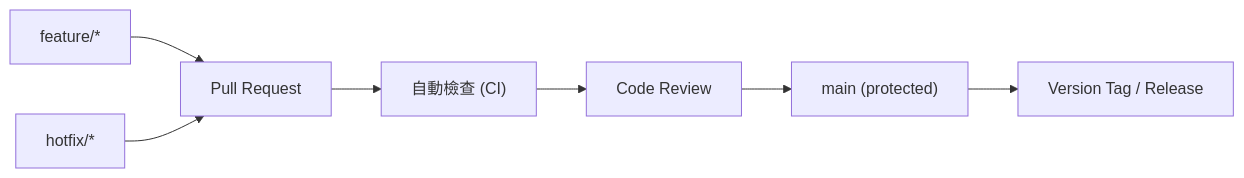
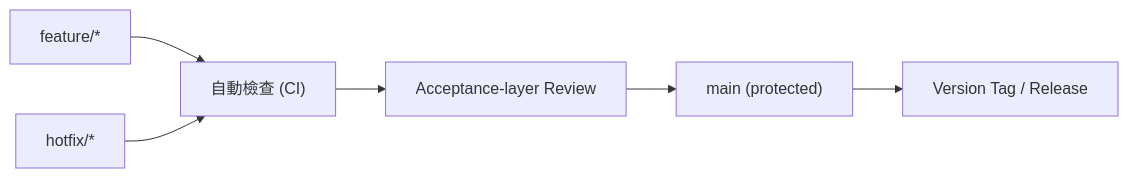
The diagram in docs/git_workflow.md (aoitsukikage-eng/trip-weather-planner), drawn with Mermaid before and after one commit. The commit also changed other lines of this file and 2 other files, not shown here.

````diff
--- a/docs/git_workflow.md
+++ b/docs/git_workflow.md
@@ -5,9 +5,8 @@
 ```mermaid
 flowchart LR
-  F["feature/*"] --> PR["Pull Request"]
-  H["hotfix/*"] --> PR
-  PR --> CI["自動檢查 (CI)"]
-  CI --> RV["Code Review"]
+  F["feature/*"] --> CI["自動檢查 (CI)"]
+  H["hotfix/*"] --> CI
+  CI --> RV["Acceptance-layer Review"]
   RV --> M["main (protected)"]
   M --> TAG["Version Tag / Release"]
 ```
````
